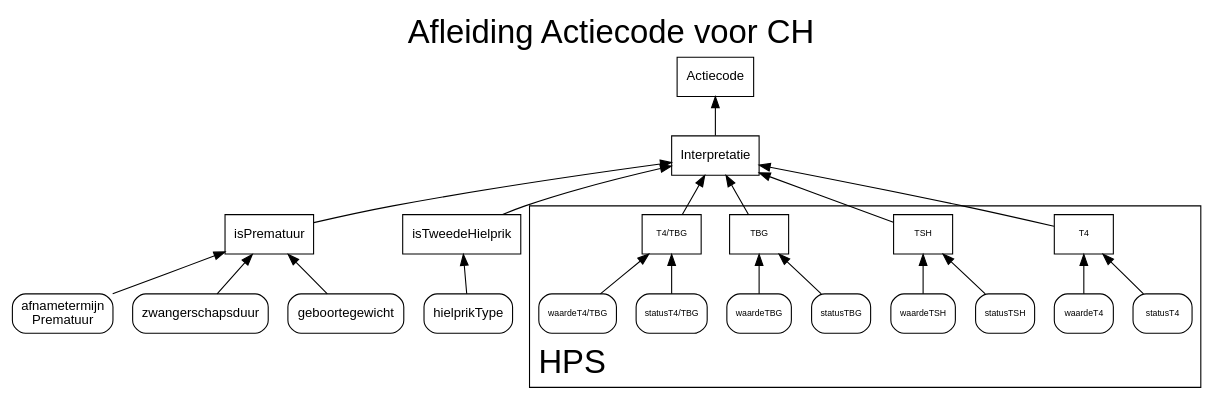
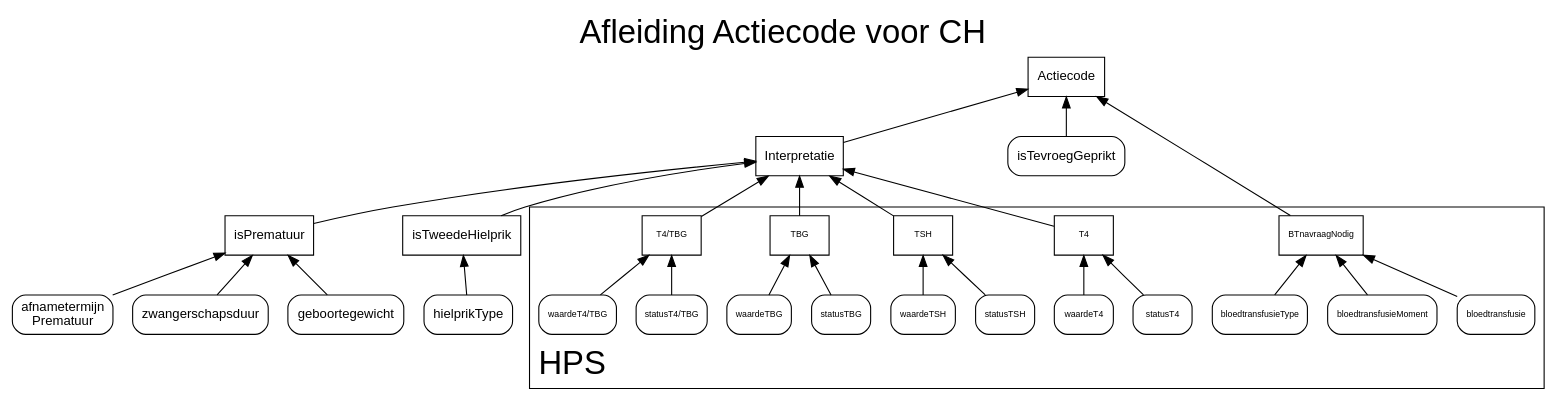
The diagram in src/main/resources/nhs-dmn/CH.gv (hanjoosten/KOGITO-8362), drawn with Graphviz before and after one commit.

Commit message:
graphviz plaatje bijgewerkt

```diff
--- a/src/main/resources/nhs-dmn/CH.gv
+++ b/src/main/resources/nhs-dmn/CH.gv
@@ -1,83 +1,92 @@
 digraph mygraph {
   rankdir="BT"
   fontname="Helvetica,Arial,sans-serif"
   concentrate=true
 graph [charset="UTF-8"
        fontsize=30
        labelloc="t" 
        label="Afleiding Actiecode voor CH" 
        layout="dot"
        splines=true 
        overlap=false 
        rankdir = "BT"]
 
   node [fontname="Helvetica,Arial,sans-serif"
         shape=Mrecord
         fontsize=12]
   edge [fontname="Helvetica,Arial,sans-serif"]
   subgraph cluster_0 {
     label = "HPS";
     node [fontsize=8];
     labelloc="t"
     labeljust=l
 
-  T4 [shape=box]
-  statusT4 -> T4
-  waardeT4 -> T4
 
-  TSH [shape=box]
-  statusTSH -> TSH
-  waardeTSH -> TSH
+          BTnavraagNodig [shape=box]
+          bloedtransfusie -> BTnavraagNodig
+          bloedtransfusieMoment -> BTnavraagNodig
+          bloedtransfusieType -> BTnavraagNodig
 
-  TBG [shape=box]
-  statusTBG -> TBG
-  waardeTBG -> TBG
+          T4 [shape=box]
+          statusT4 -> T4
+          waardeT4 -> T4
 
-  "T4/TBG" [shape=box]
-  "statusT4/TBG" -> "T4/TBG"
-  "waardeT4/TBG" -> "T4/TBG"
+          TSH [shape=box]
+          statusTSH -> TSH
+          waardeTSH -> TSH
+
+          TBG [shape=box]
+          statusTBG -> TBG
+          waardeTBG -> TBG
+
+          "T4/TBG" [shape=box]
+          "statusT4/TBG" -> "T4/TBG"
+          "waardeT4/TBG" -> "T4/TBG"
 
   }
 
   // Actiecode [shape=box]
   // isAfwijkend -> Actiecode
   // isDubieus -> Actiecode
   // isTevroegGeprikt -> Actiecode
   // BTNavraagNodig -> Actiecode
 
   isPrematuur [shape=box]
   "afnametermijn\nPrematuur" -> isPrematuur
   zwangerschapsduur -> isPrematuur
   geboortegewicht -> isPrematuur
 
   Actiecode [shape=box]
   Interpretatie -> Actiecode
+  isTevroegGeprikt -> Actiecode
+  BTnavraagNodig -> Actiecode
+
 
   Interpretatie [shape=box]
   isPrematuur -> Interpretatie
   isTweedeHielprik -> Interpretatie
   T4 -> Interpretatie
   TSH -> Interpretatie
   TBG -> Interpretatie
   "T4/TBG" -> Interpretatie
   
   isTweedeHielprik [shape=box]
   hielprikType -> isTweedeHielprik
   // BTNavraagNodig [shape=box]
   // ErWasEenBT -> BTNavraagNodig
   // VoldoendeTijdBT -> BTNavraagNodig
   // TypeBT -> BTNavraagNodig
 
   // VoldoendeTijdBT [shape=box]
   // "BTDatum(Tijd)" -> VoldoendeTijdBT
   // "AfnameDatum(Tijd)" -> VoldoendeTijdBT
 
   // isTevroegGeprikt [shape=box]
   // "GeboorteDatum(Tijd)" -> isTevroegGeprikt
   // "AfnameDatum(Tijd)" -> isTevroegGeprikt
 
 
 
 
 
  }
```
